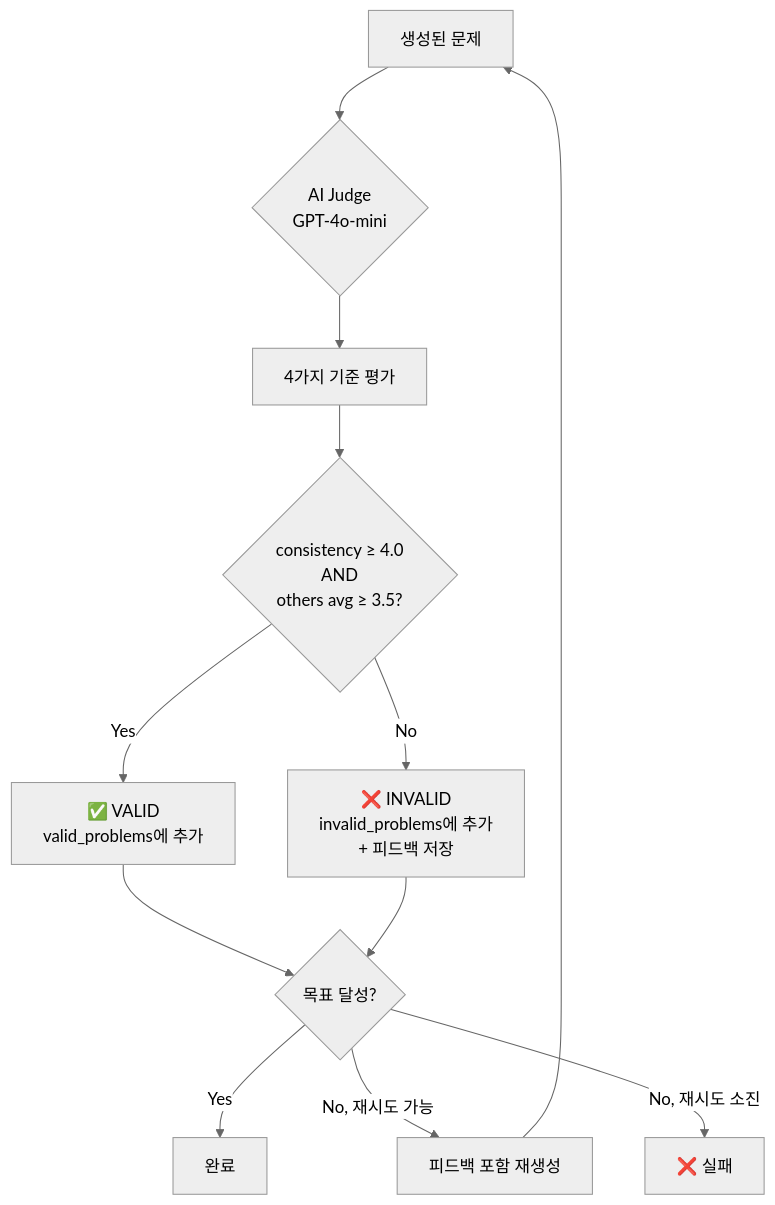
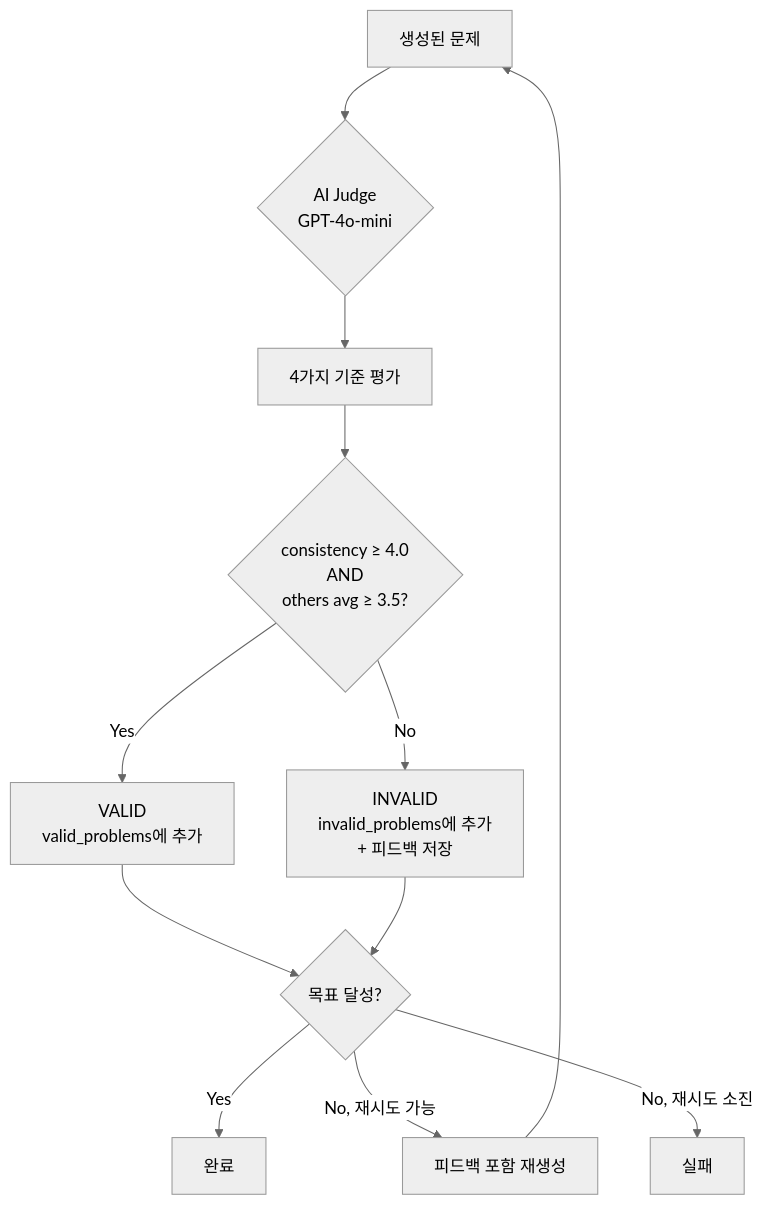
Before and after one commit to Q-tee-project/backend: the diagram in services/math-service/MATH_PROBLEM_GENERATION_FLOW.md, drawn with Mermaid (neutral theme). The commit also changed other lines of this file and 5 other files, not shown here.

````diff
--- a/services/math-service/MATH_PROBLEM_GENERATION_FLOW.md
+++ b/services/math-service/MATH_PROBLEM_GENERATION_FLOW.md
@@ -275,14 +266,14 @@
 ```mermaid
 graph TD
     A[생성된 문제] --> B{AI Judge<br/>GPT-4o-mini}
     B --> C[4가지 기준 평가]
     C --> D{consistency ≥ 4.0<br/>AND<br/>others avg ≥ 3.5?}
-    D -->|Yes| E[✅ VALID<br/>valid_problems에 추가]
-    D -->|No| F[❌ INVALID<br/>invalid_problems에 추가<br/>+ 피드백 저장]
+    D -->|Yes| E[VALID<br/>valid_problems에 추가]
+    D -->|No| F[INVALID<br/>invalid_problems에 추가<br/>+ 피드백 저장]
     E --> G{목표 달성?}
     F --> G
     G -->|Yes| H[완료]
     G -->|No, 재시도 가능| I[피드백 포함 재생성]
-    G -->|No, 재시도 소진| J[❌ 실패]
+    G -->|No, 재시도 소진| J[실패]
     I --> A
 ```
````
